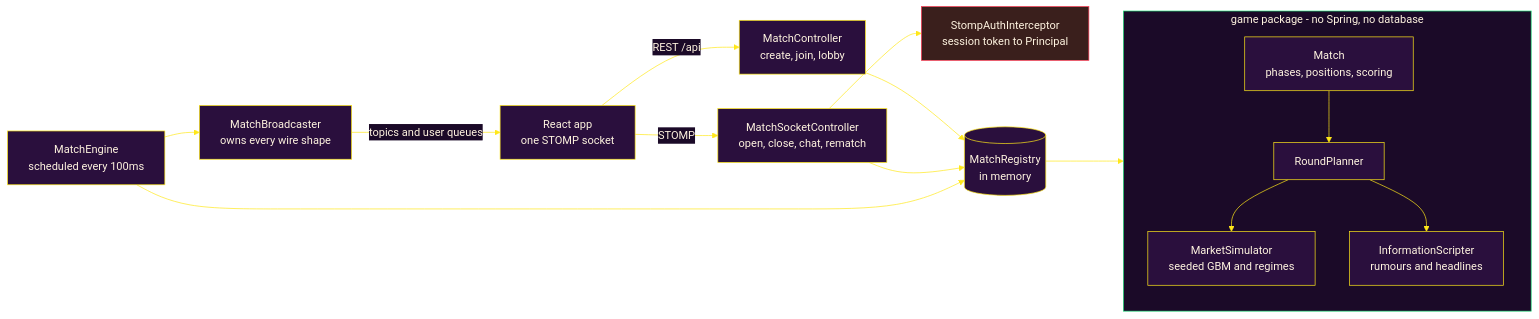
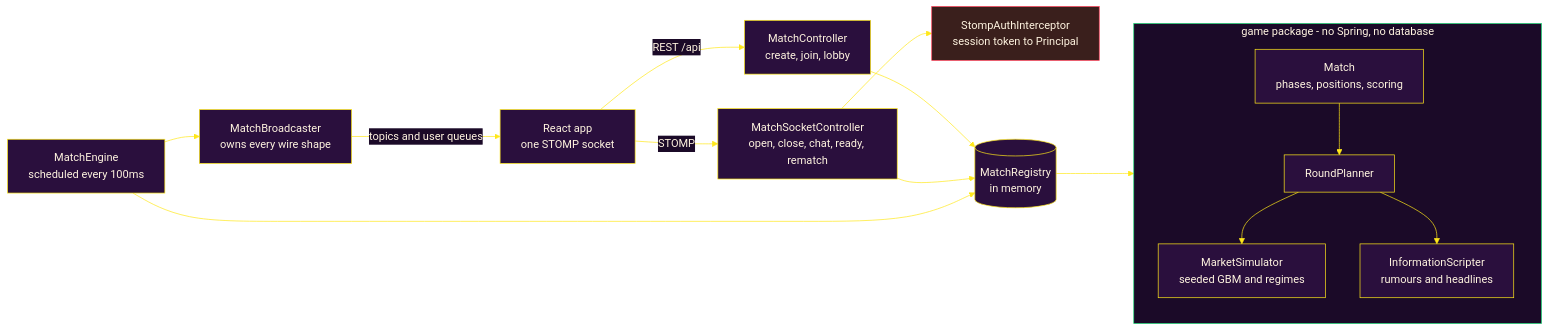
One commit to pushkqr/stonk-royale changed the second of 2 diagrams in README.md. Above: the diagram before and after it, drawn with Mermaid. The commit also changed other lines of this file and 21 other files, not shown here.

````diff
--- a/README.md
+++ b/README.md
@@ -159,31 +170,31 @@
 ```mermaid
 %%{init: {'theme':'base','themeVariables':{'primaryColor':'#2A0F3D','primaryTextColor':'#FFF4E0','primaryBorderColor':'#FFE81A','lineColor':'#FFE81A','clusterBkg':'#1B0A28','clusterBorder':'#9E7EBB','edgeLabelBackground':'#1B0A28','nodeTextColor':'#FFF4E0'}}}%%
 flowchart LR
     UI["React app<br/>one STOMP socket"]
     API["MatchController<br/>create, join, lobby"]
-    SC["MatchSocketController<br/>open, close, chat, rematch"]
+    SC["MatchSocketController<br/>open, close, chat, ready, rematch"]
     AUTH["StompAuthInterceptor<br/>session token to Principal"]
     BC["MatchBroadcaster<br/>owns every wire shape"]
     ENG["MatchEngine<br/>scheduled every 100ms"]
     REG[("MatchRegistry<br/>in memory")]
 
     UI -->|"REST /api"| API
     UI -->|"STOMP"| SC
     SC --> AUTH
     API --> REG
     SC --> REG
     ENG --> REG
     ENG --> BC
     BC -->|"topics and user queues"| UI
     REG --> M
 
     subgraph GAME["game package - no Spring, no database"]
         direction TB
         M["Match<br/>phases, positions, scoring"] --> RP["RoundPlanner"]
         RP --> SIM["MarketSimulator<br/>seeded GBM and regimes"]
         RP --> INFO["InformationScripter<br/>rumours and headlines"]
     end
 
     style AUTH fill:#3A1F1C,stroke:#FF3B54,color:#FFF4E0
     style GAME fill:#1B0A28,stroke:#21E07A,color:#FFF4E0
 ```
````
